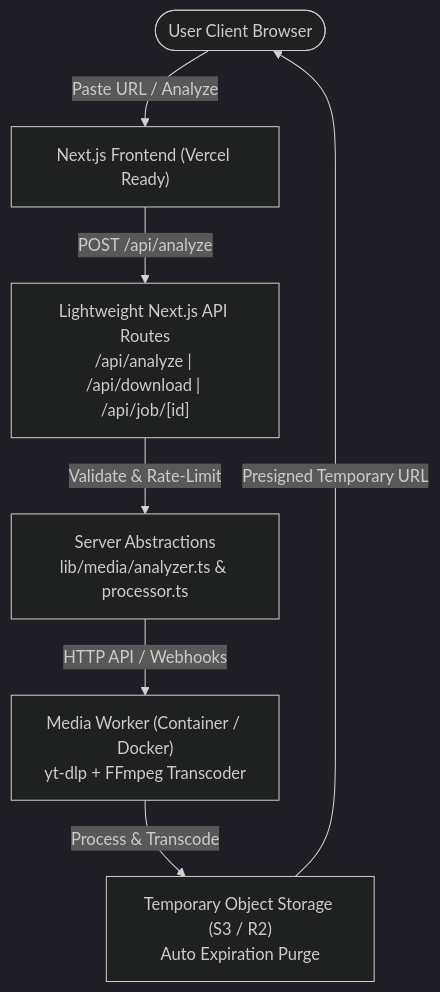
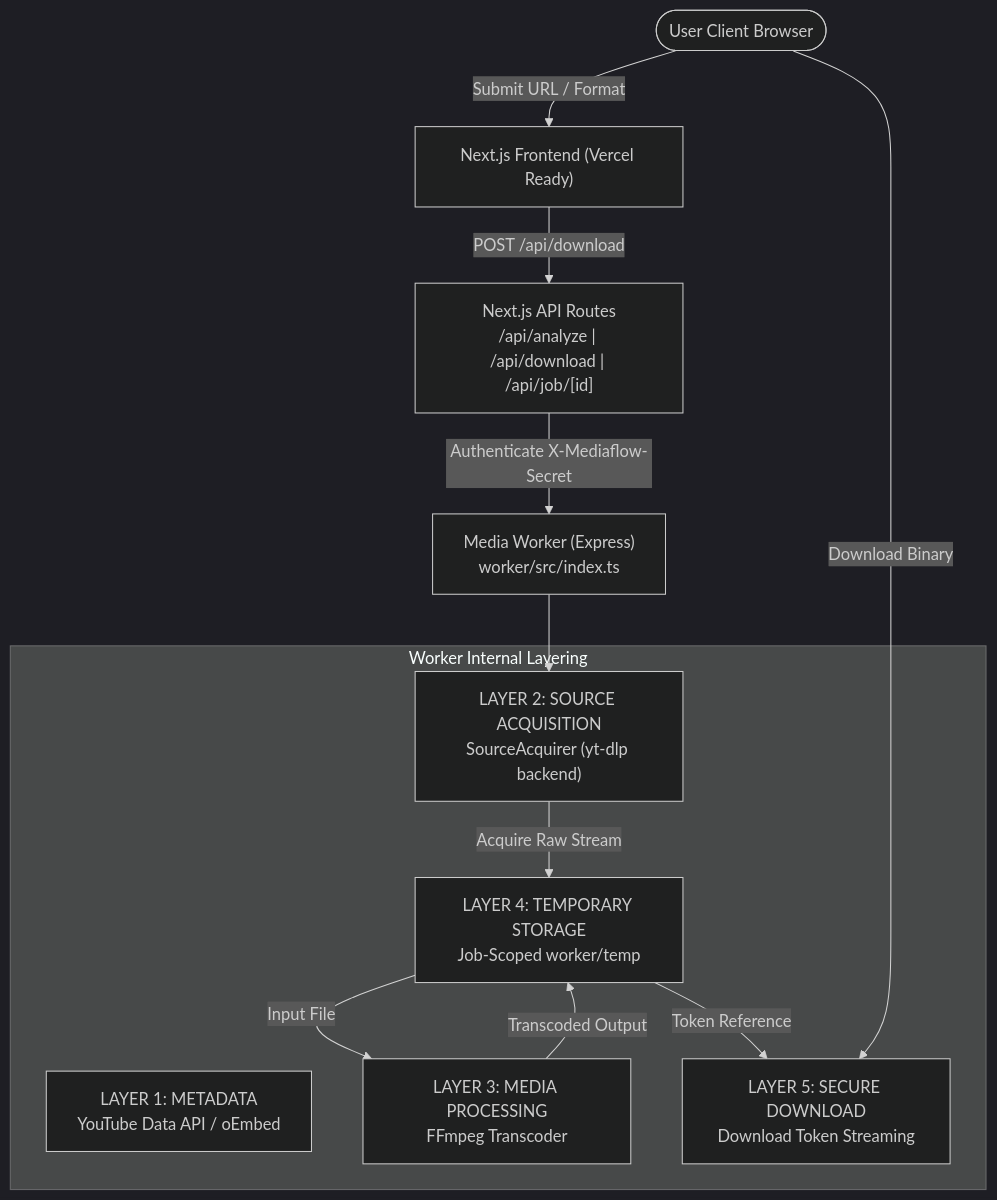
One commit to anoob-8899/Yt-and-insta-downloader changed the diagram in README.md. Above: the diagram before and after it, drawn with Mermaid (dark theme). The commit also changed other lines of this file and 17 other files, not shown here.

Commit message:
Update media processing, worker implementation, docker configs, and documentation

````diff
--- a/README.md
+++ b/README.md
@@ -11,16 +11,25 @@
 ```mermaid
 flowchart TD
     User([User Client Browser])
     Frontend["Next.js Frontend (Vercel Ready)"]
-    API["Lightweight Next.js API Routes\n/api/analyze | /api/download | /api/job/[id]"]
-    Abstractions["Server Abstractions\nlib/media/analyzer.ts & processor.ts"]
-    Worker["Media Worker (Container / Docker)\nyt-dlp + FFmpeg Transcoder"]
-    Storage["Temporary Object Storage (S3 / R2)\nAuto Expiration Purge"]
+    API["Next.js API Routes\n/api/analyze | /api/download | /api/job/[id]"]
+    Worker["Media Worker (Express)\nworker/src/index.ts"]
+    
+    subgraph WorkerLayers ["Worker Internal Layering"]
+        L1["LAYER 1: METADATA\nYouTube Data API / oEmbed"]
+        L2["LAYER 2: SOURCE ACQUISITION\nSourceAcquirer (yt-dlp backend)"]
+        L3["LAYER 3: MEDIA PROCESSING\nFFmpeg Transcoder"]
+        L4["LAYER 4: TEMPORARY STORAGE\nJob-Scoped worker/temp"]
+        L5["LAYER 5: SECURE DOWNLOAD\nDownload Token Streaming"]
+    end
 
-    User -->|Paste URL / Analyze| Frontend
-    Frontend -->|POST /api/analyze| API
-    API -->|Validate & Rate-Limit| Abstractions
-    Abstractions -->|HTTP API / Webhooks| Worker
-    Worker -->|Process & Transcode| Storage
-    Storage -->|Presigned Temporary URL| User
+    User -->|Submit URL / Format| Frontend
+    Frontend -->|POST /api/download| API
+    API -->|Authenticate X-Mediaflow-Secret| Worker
+    Worker --> L2
+    L2 -->|Acquire Raw Stream| L4
+    L4 -->|Input File| L3
+    L3 -->|Transcoded Output| L4
+    L4 -->|Token Reference| L5
+    User -->|Download Binary| L5
 ```
````
